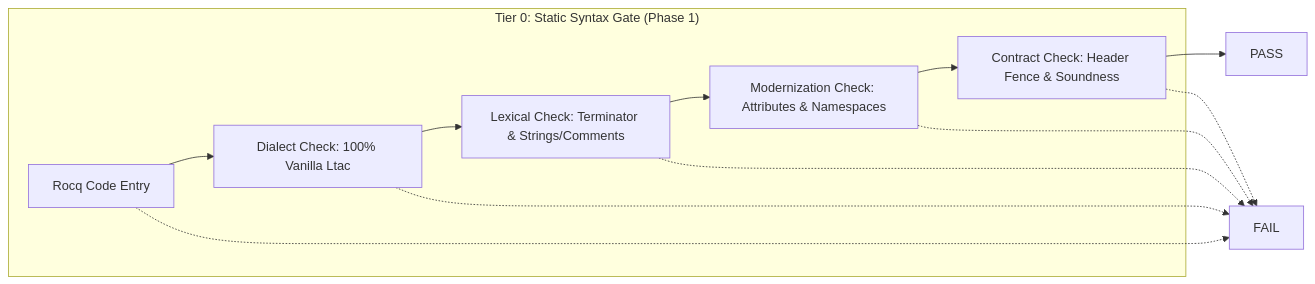
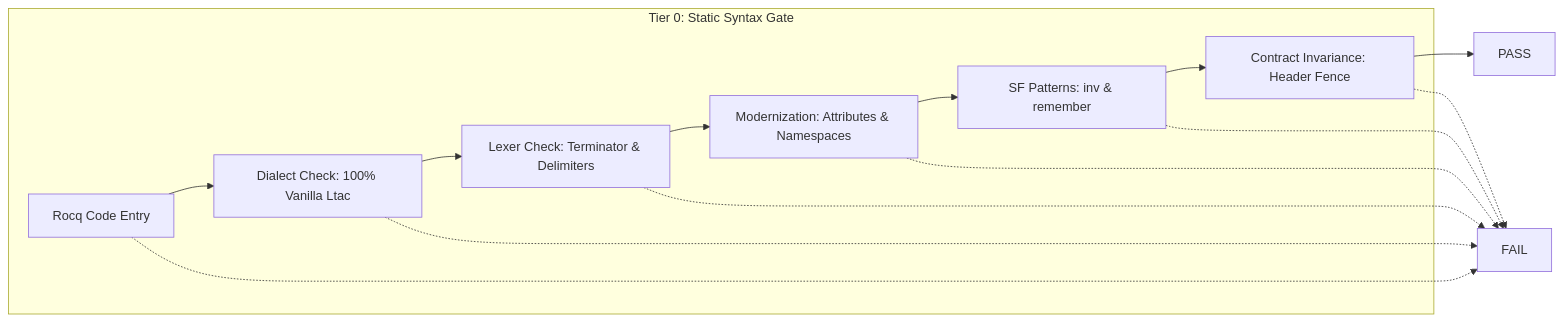
Before and after one commit to MI-1222/rocq-ltac-skills: the first of 2 diagrams in skills/rocq-ltac-syntax/SKILL.md, drawn with Mermaid. The commit also changed other lines of this file, not shown here.

Commit message:
feat(syntax): software foundationsの内容を追加

````diff
--- a/skills/rocq-ltac-syntax/SKILL.md
+++ b/skills/rocq-ltac-syntax/SKILL.md
@@ -42,16 +42,18 @@
 ```mermaid
 graph LR
-  subgraph "Tier 0: Static Syntax Gate (Phase 1)"
+  subgraph "Tier 0: Static Syntax Gate"
     A[Rocq Code Entry] --> B[Dialect Check: 100% Vanilla Ltac]
-    B --> C[Lexical Check: Terminator & Strings/Comments]
-    C --> D[Modernization Check: Attributes & Namespaces]
-    D --> E[Contract Check: Header Fence & Soundness]
+    B --> C[Lexer Check: Terminator & Delimiters]
+    C --> D[Modernization: Attributes & Namespaces]
+    D --> E[SF Patterns: inv & remember]
+    E --> F[Contract Invariance: Header Fence]
   end
-  E --> F[PASS]
+  F --> G[PASS]
 
   A -.-> X[FAIL]
   B -.-> X
   C -.-> X
   D -.-> X
   E -.-> X
+  F -.-> X
 ```
````
